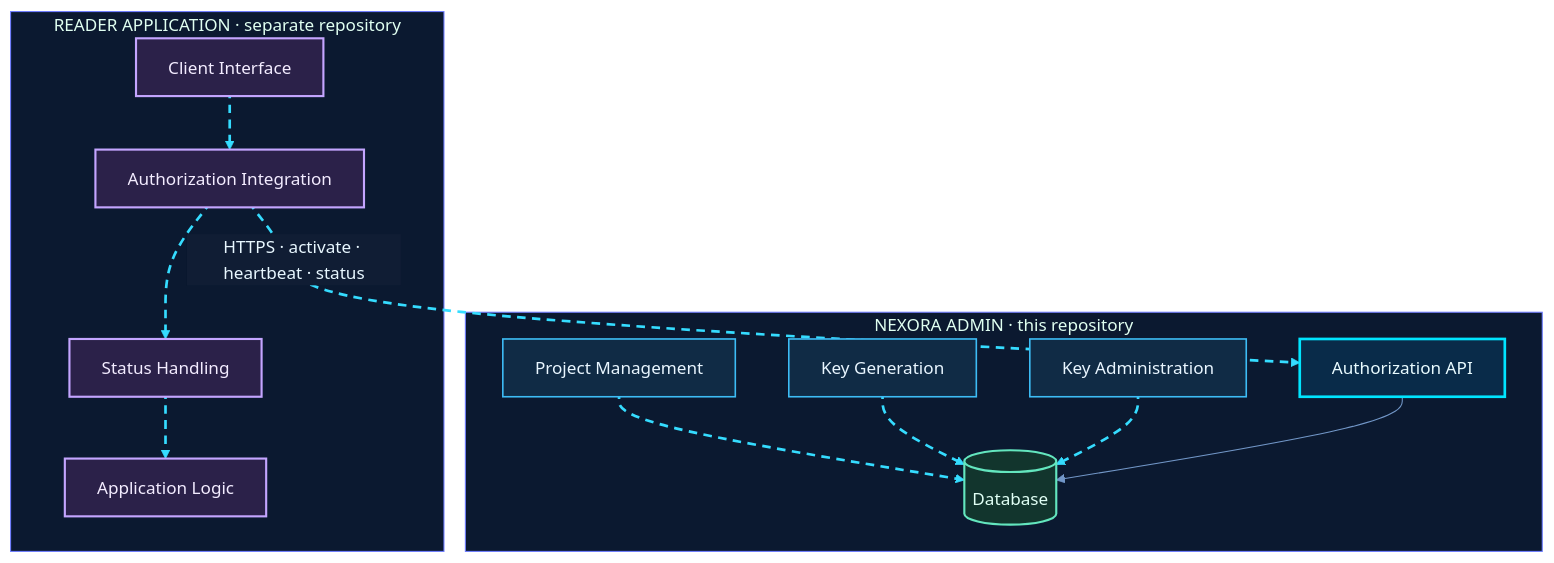
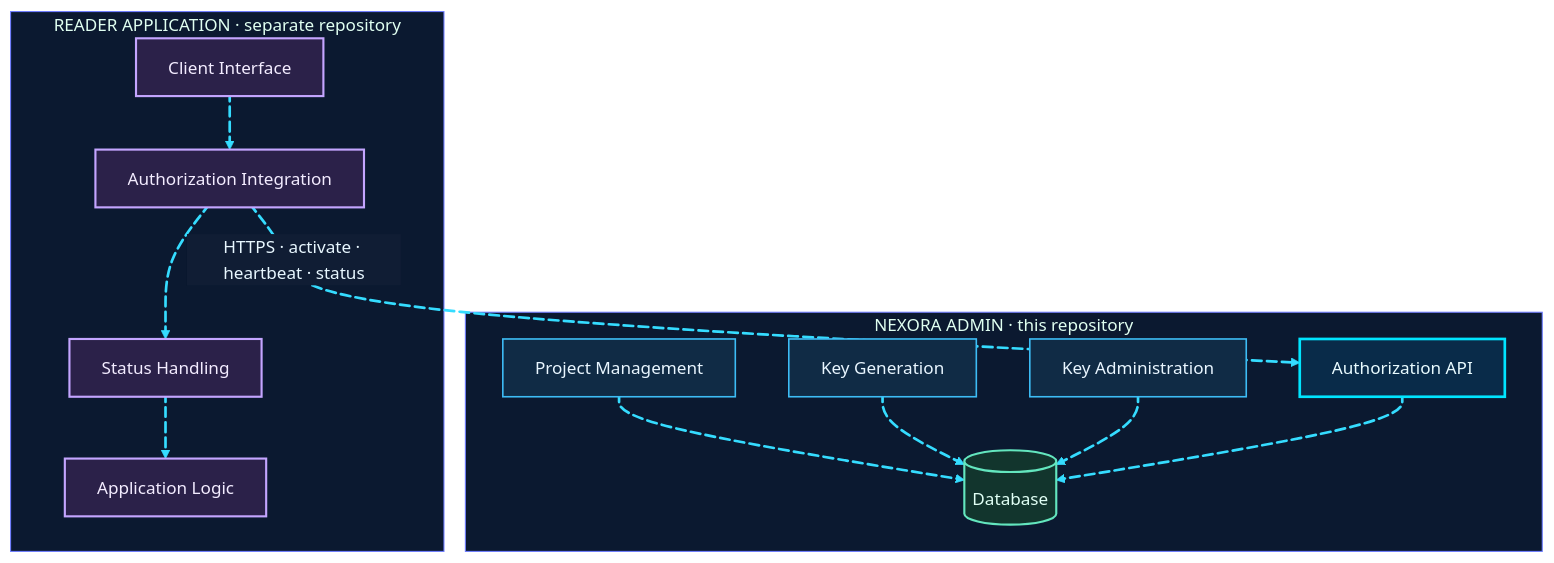
One commit to shajeduzzamanenan992008inc/NexOra-Database-key-Gen changed the second of 23 diagrams in README.md. Above: the diagram before and after it, drawn with Mermaid. The commit also changed other lines of this file and 484 other files, not shown here.

````diff
--- a/README.md
+++ b/README.md
@@ -446,44 +450,56 @@
 ```mermaid
-%%{init: {"theme":"base","themeVariables":{"darkMode":true,"background":"#07111f","primaryColor":"#102744","primaryTextColor":"#e8f7ff","primaryBorderColor":"#00d9ff","lineColor":"#7297c8","secondaryColor":"#261d45","secondaryTextColor":"#f3eaff","secondaryBorderColor":"#a78bfa","tertiaryColor":"#12332b","tertiaryTextColor":"#e0fff1","tertiaryBorderColor":"#41e6a2","fontFamily":"Inter, Segoe UI, sans-serif","edgeLabelBackground":"#101d34","mainBkg":"#102744","nodeBorder":"#00d9ff","clusterBkg":"#0b1930","clusterBorder":"#6f7dff","actorBkg":"#102744","actorBorder":"#00d9ff","actorTextColor":"#e8f7ff","signalColor":"#64d8ff","signalTextColor":"#e8f7ff","noteBkgColor":"#0e332b","noteBorderColor":"#41e6a2","noteTextColor":"#e0fff1"}}}%%
+%%{init: {"theme":"base","themeVariables":{"darkMode":true,"background":"#07111f","primaryColor":"#102744","primaryTextColor":"#e8f7ff","primaryBorderColor":"#00d9ff","lineColor":"#35dcff","secondaryColor":"#261d45","secondaryTextColor":"#f3eaff","secondaryBorderColor":"#a78bfa","tertiaryColor":"#12332b","tertiaryTextColor":"#e0fff1","tertiaryBorderColor":"#41e6a2","fontFamily":"Inter, Segoe UI, sans-serif","edgeLabelBackground":"#101d34","mainBkg":"#102744","nodeBorder":"#00d9ff","clusterBkg":"#0b1930","clusterBorder":"#6f7dff","actorBkg":"#102744","actorBorder":"#00d9ff","actorTextColor":"#e8f7ff","signalColor":"#64d8ff","signalTextColor":"#e8f7ff","noteBkgColor":"#0e332b","noteBorderColor":"#41e6a2","noteTextColor":"#e0fff1"}}}%%
 flowchart TB
     subgraph ADMIN["NEXORA ADMIN · this repository"]
         A1["Project Management"]
         A2["Key Generation"]
         A3["Key Administration"]
         A4[("Database")]
         A5["Authorization API"]
     end
     subgraph READER["READER APPLICATION · separate repository"]
         R1["Client Interface"]
         R2["Authorization Integration"]
         R3["Status Handling"]
         R4["Application Logic"]
     end
+
+    %% Edges. IDs follow declaration order: nx02e01 is linkStyle 0, nx02e08 is linkStyle 7.
     A1 nx02e01@--> A4
     A2 nx02e02@--> A4
     A3 nx02e03@--> A4
-    A5 --> A4
+    A5 nx02e04@--> A4
     R2 nx02e05@-->|"HTTPS · activate · heartbeat · status"| A5
-    R1 nx02e04@--> R2
-    R2 nx02e06@--> R3
-    R3 nx02e07@--> R4
+    R1 nx02e06@--> R2
+    R2 nx02e07@--> R3
+    R3 nx02e08@--> R4
 
-    %% OMEGA NEX-ORA visual classes
+    %% Moving dashed flow: native Mermaid edge animation (needs Mermaid v11.3 or newer).
+    %% Keep these lines after all edge definitions.
+    nx02e01@{ animate: true }
+    nx02e02@{ animate: true }
+    nx02e03@{ animate: true }
+    nx02e04@{ animate: true }
+    nx02e05@{ animate: true }
+    nx02e06@{ animate: true }
+    nx02e07@{ animate: true }
+    nx02e08@{ animate: true }
+
+    linkStyle 0,1,2,3,4,5,6,7 stroke:#35dcff,stroke-width:2.5px
+
     %% OMEGA NEX-ORA / ULTRA NEON PALETTE
     classDef nxCore fill:#092b49,stroke:#00e5ff,stroke-width:2.5px,color:#e9fbff;
     classDef nxProcess fill:#102b45,stroke:#3dbcf5,stroke-width:1.5px,color:#e9f6ff;
     classDef nxDecision fill:#2b2050,stroke:#b38cff,stroke-width:2px,color:#f3edff;
     classDef nxSuccess fill:#0d3b2c,stroke:#3fffa0,stroke-width:2px,color:#e0fff0;
     classDef nxDanger fill:#451d30,stroke:#ff6688,stroke-width:2px,color:#fff0f3;
     classDef nxData fill:#12352d,stroke:#63e6be,stroke-width:2px,color:#e1fff5;
     classDef nxExternal fill:#2b2149,stroke:#c4a5ff,stroke-width:2px,color:#f3ecff;
     classDef nxInfo fill:#17253e,stroke:#91a7c9,stroke-width:1.5px,color:#e5efff;
     classDef nxWarning fill:#453116,stroke:#fbbf24,stroke-width:2px,color:#fff6d6;
-    %% Moving dashed route: Mermaid applies this class to explicitly identified edges.
-    classDef nxAnimated stroke:#35dcff,stroke-width:2.5px,stroke-dasharray:8\,6,stroke-dashoffset:1000,animation:dash 24s linear infinite;
+
     class A1,A2,A3 nxProcess;
     class A4 nxData;
     class A5 nxCore;
     class R1,R2,R3,R4 nxExternal;
-    class nx02e01,nx02e02,nx02e03,nx02e04,nx02e05,nx02e06,nx02e07 nxAnimated;
 ```
````
